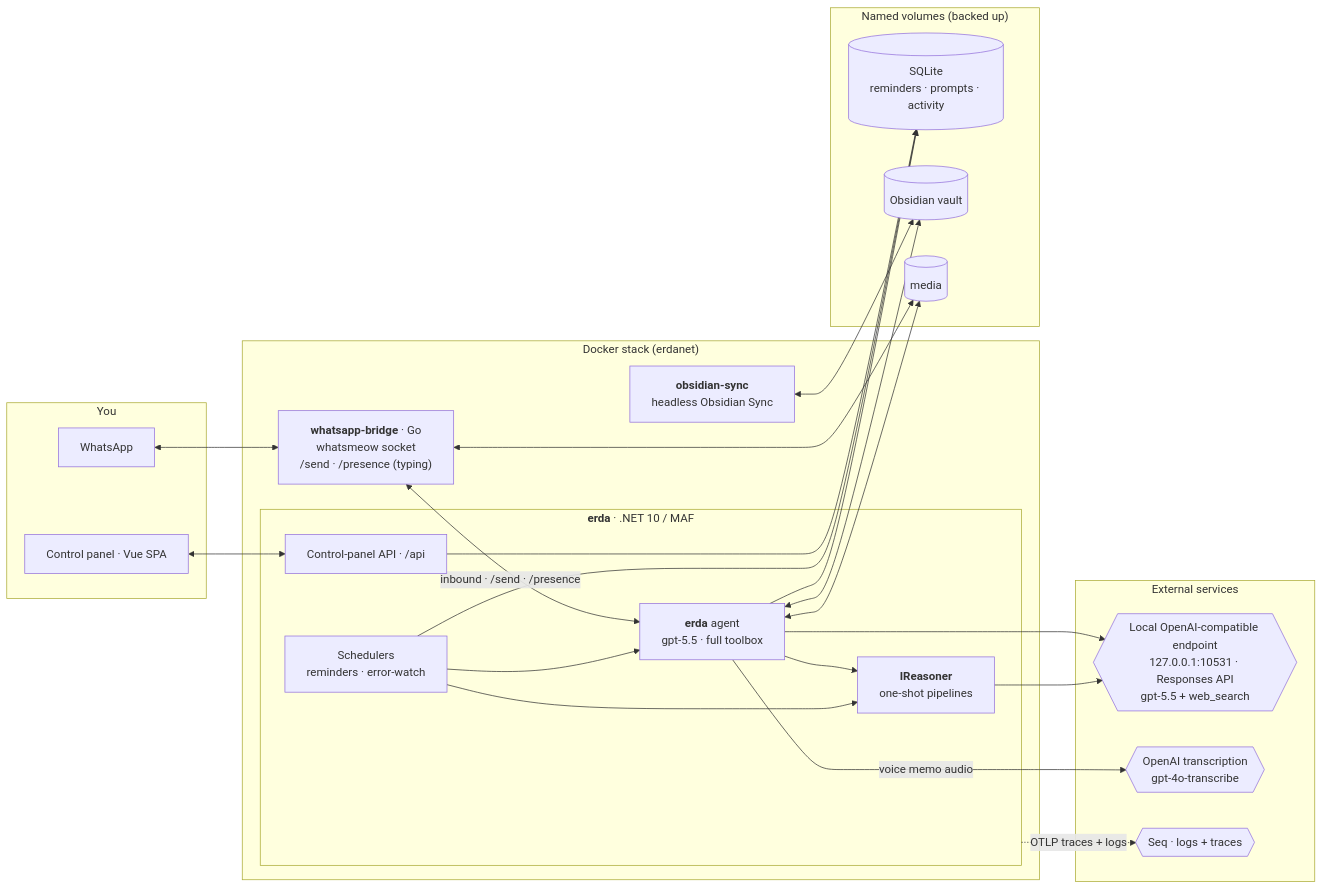
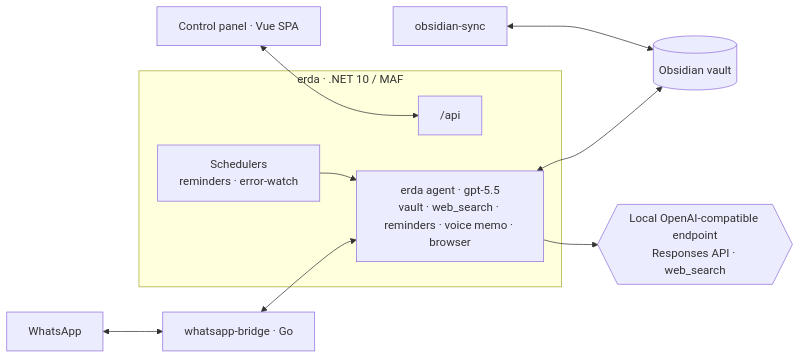
Before and after one commit to philphilphil/Erda: the diagram in README.md, drawn with Mermaid. The commit also changed other lines of this file, not shown here.

````diff
--- a/README.md
+++ b/README.md
@@ -29,51 +33,17 @@
 ```mermaid
 flowchart LR
-    subgraph you[You]
-      wa["WhatsApp"]
-      panel["Control panel · Vue SPA"]
+    wa["WhatsApp"] <--> bridge["whatsapp-bridge · Go"]
+    panel["Control panel · Vue SPA"] <--> api["/api"]
+
+    subgraph erda["erda · .NET 10 / MAF"]
+      agent["erda agent · gpt-5.5<br/>vault · web_search · reminders · voice memo · browser"]
+      sched["Schedulers<br/>reminders · error-watch"]
+      api
     end
 
-    subgraph stack["Docker stack (erdanet)"]
-      bridge["<b>whatsapp-bridge</b> · Go<br/>whatsmeow socket<br/>/send · /presence (typing)"]
-      subgraph erdasvc["<b>erda</b> · .NET 10 / MAF"]
-        agent["<b>erda</b> agent<br/>gpt-5.5 · full toolbox"]
-        reasoner["<b>IReasoner</b><br/>one-shot pipelines"]
-        sched["Schedulers<br/>reminders · error-watch"]
-        api["Control-panel API · /api"]
-      end
-      sync["<b>obsidian-sync</b><br/>headless Obsidian Sync"]
-    end
-
-    subgraph stores["Named volumes (backed up)"]
-      db[("SQLite<br/>reminders · prompts · activity")]
-      vault[("Obsidian vault")]
-      media[("media")]
-    end
-
-    subgraph ext["External services"]
-      endpoint{{"Local OpenAI-compatible endpoint<br/>127.0.0.1:10531 · Responses API<br/>gpt-5.5 + web_search"}}
-      stt{{"OpenAI transcription<br/>gpt-4o-transcribe"}}
-      seq{{"Seq · logs + traces"}}
-    end
-
-    wa <--> bridge
-    bridge <-->|"inbound · /send · /presence"| agent
-    panel <--> api
-
-    agent --> reasoner
-    agent --> endpoint
-    reasoner --> endpoint
-    agent -->|"voice memo audio"| stt
+    bridge <--> agent
     sched --> agent
-    sched --> reasoner
-
-    api --> db
-    sched --> db
-    agent --> db
-    agent <--> vault
-    sync <--> vault
-    bridge <--> media
-    agent <--> media
-
-    erdasvc -.->|"OTLP traces + logs"| seq
+    agent <--> vault[("Obsidian vault")]
+    sync["obsidian-sync"] <--> vault
+    agent --> endpoint{{"Local OpenAI-compatible endpoint<br/>Responses API · web_search"}}
 ```
````
